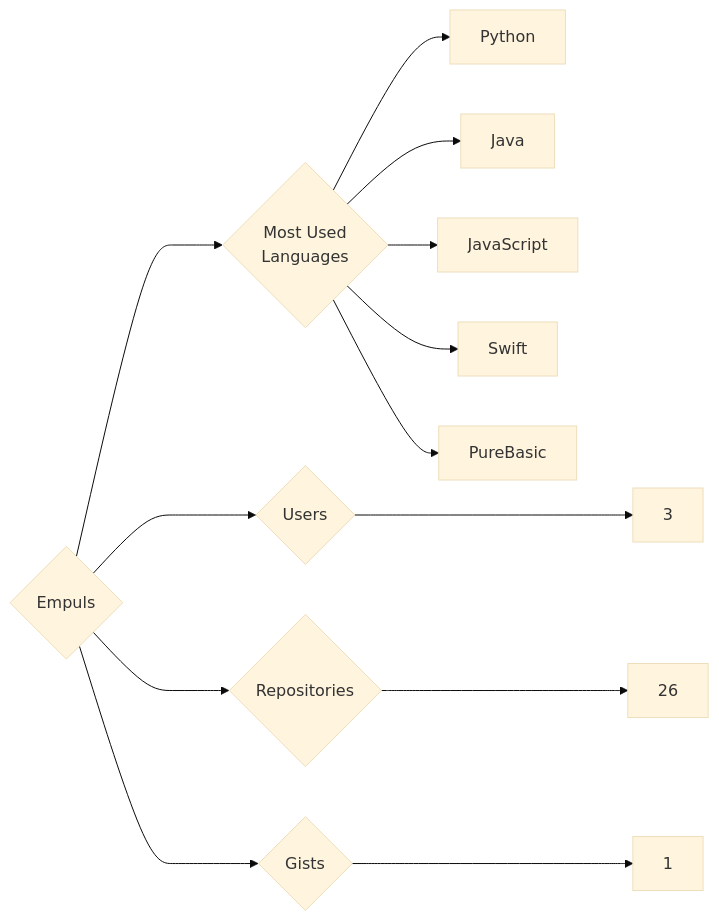
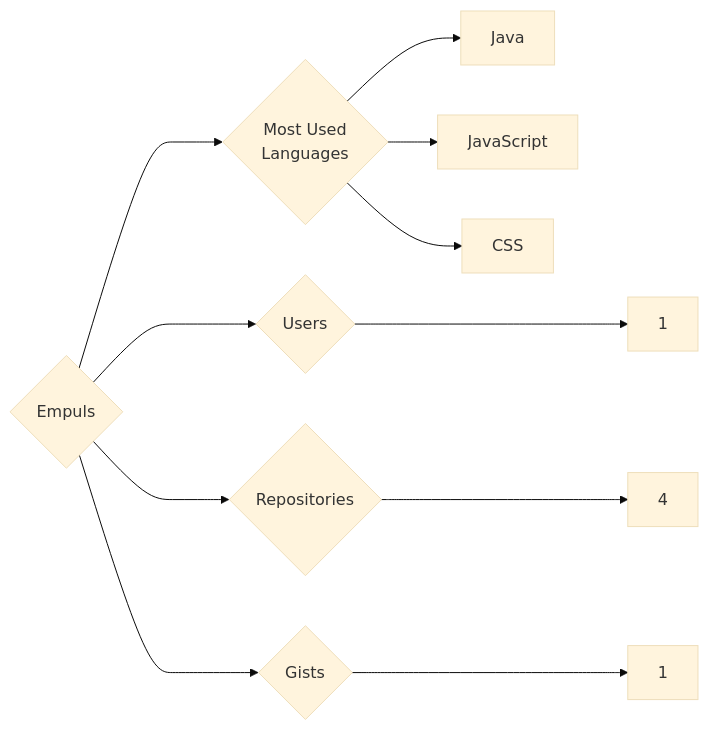
One commit to trickest/insiders changed the diagram in targets/Empuls/README.md. Above: the diagram before and after it, drawn with Mermaid (base theme). The commit also changed 930 other files, not shown here.

````diff
--- a/targets/Empuls/README.md
+++ b/targets/Empuls/README.md
@@ -3,13 +3,11 @@
 ```mermaid
 graph LR
 COMPANY_NAME{Empuls}
-COMPANY_NAME ---> U{Users} ---> UN[3]
-COMPANY_NAME ---> R{Repositories} ---> RN[26]
+COMPANY_NAME ---> U{Users} ---> UN[1]
+COMPANY_NAME ---> R{Repositories} ---> RN[4]
 COMPANY_NAME ---> G{Gists} ---> GN[1]
 COMPANY_NAME ---> ML{Most Used<br>Languages}
-ML --> Python[Python]
 ML --> Java[Java]
 ML --> JavaScript[JavaScript]
-ML --> Swift[Swift]
-ML --> PureBasic[PureBasic]
+ML --> CSS[CSS]
 ```
````
